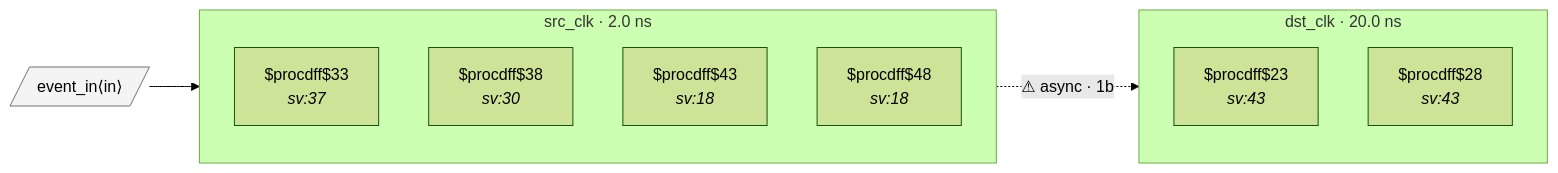
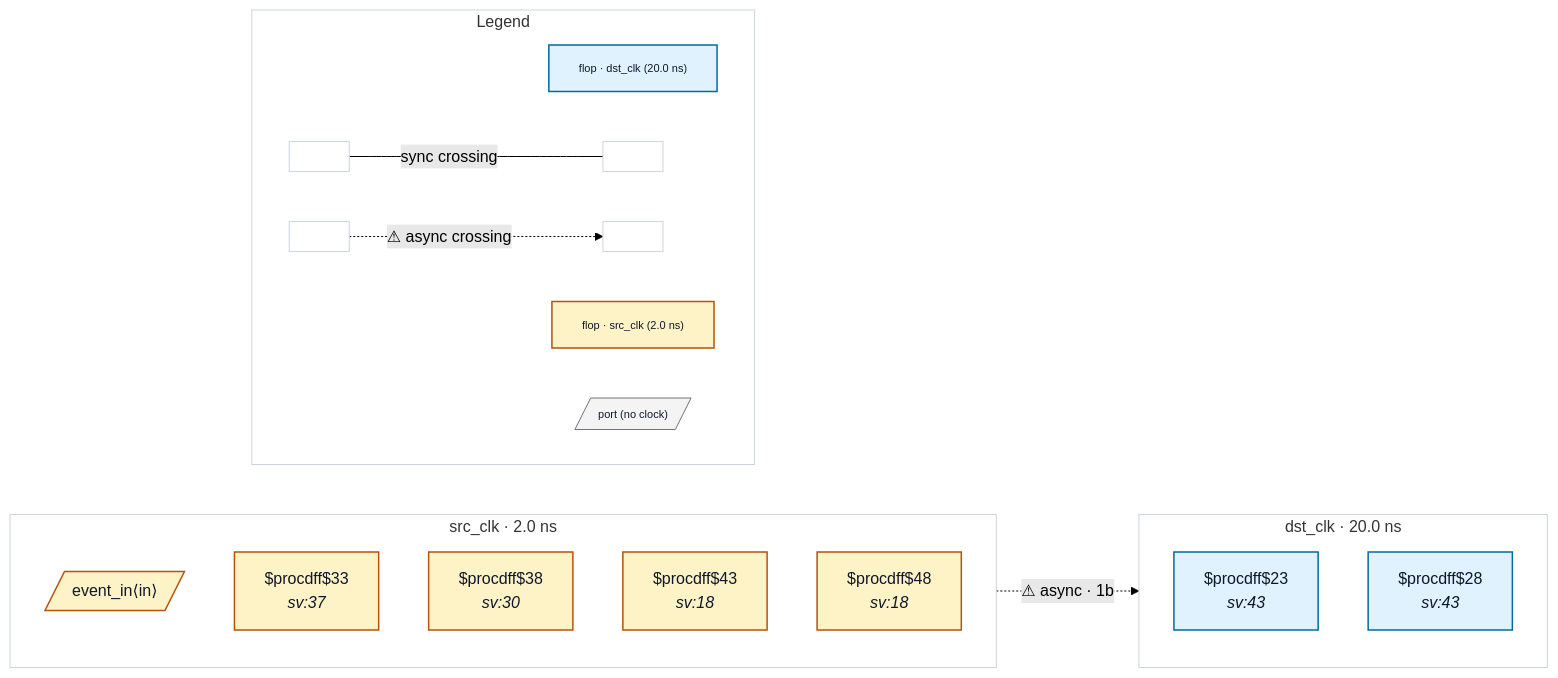
The diagram in tests/fixtures/good_pulse_width_stretched/README.md (rtl-buddy/rtl-buddy-cdc), drawn with Mermaid (forest theme) before and after one commit. The commit also changed 71 other files, not shown here.

First line of the commit message:
Refresh fixture READMEs + render iterations (colors, legend, nested ports, clock-net edges)

````diff
--- a/tests/fixtures/good_pulse_width_stretched/README.md
+++ b/tests/fixtures/good_pulse_width_stretched/README.md
@@ -14,20 +14,44 @@
 ```mermaid
 %% good_pulse_width_stretched — generated by rtl-buddy-cdc render
 flowchart LR
   subgraph clk_dst_clk["dst_clk · 20.0 ns"]
     direction TB
-    f_eadb02f4["$procdff$23<br/><i>sv:43</i>"]
-    f_836e8ed1["$procdff$28<br/><i>sv:43</i>"]
+    f_eadb02f4["$procdff$23<br/><i>sv:43</i>"]:::ckcls_dst_clk
+    f_836e8ed1["$procdff$28<br/><i>sv:43</i>"]:::ckcls_dst_clk
   end
   subgraph clk_src_clk["src_clk · 2.0 ns"]
     direction TB
-    f_a0a32ccb["$procdff$33<br/><i>sv:37</i>"]
-    f_1e80326e["$procdff$38<br/><i>sv:30</i>"]
-    f_33a91a4f["$procdff$43<br/><i>sv:18</i>"]
-    f_249d48de["$procdff$48<br/><i>sv:18</i>"]
+    p_in_event_in[/"event_in⟨in⟩"/]:::ckcls_src_clk
+    f_a0a32ccb["$procdff$33<br/><i>sv:37</i>"]:::ckcls_src_clk
+    f_1e80326e["$procdff$38<br/><i>sv:30</i>"]:::ckcls_src_clk
+    f_33a91a4f["$procdff$43<br/><i>sv:18</i>"]:::ckcls_src_clk
+    f_249d48de["$procdff$48<br/><i>sv:18</i>"]:::ckcls_src_clk
   end
-  p_in_event_in[/"event_in⟨in⟩"/]:::port
-  p_in_event_in --> f_a0a32ccb
   f_a0a32ccb -. "⚠ async · 1b" .-> f_836e8ed1
-  classDef port fill:#f4f4f5,stroke:#71717a
+  subgraph rb_legend["Legend"]
+    direction LR
+    lg_clk_dst_clk["flop · dst_clk (20.0 ns)"]:::ckcls_dst_clk
+    lg_clk_src_clk["flop · src_clk (2.0 ns)"]:::ckcls_src_clk
+    lg_port[/"port (no clock)"/]:::port_unassigned
+    lg_sync_a[" "]:::ckcls_legend_neutral
+    lg_sync_b[" "]:::ckcls_legend_neutral
+    lg_async_a[" "]:::ckcls_legend_neutral
+    lg_async_b[" "]:::ckcls_legend_neutral
+    lg_sync_a --- |"sync crossing"| lg_sync_b
+    lg_async_a -. "⚠ async crossing" .-> lg_async_b
+  end
+  style clk_dst_clk fill:none,stroke:#cbd5e1
+  style clk_src_clk fill:none,stroke:#cbd5e1
+  style rb_legend fill:none,stroke:#cbd5e1
+  style lg_clk_dst_clk font-size:11px
+  style lg_clk_src_clk font-size:11px
+  style lg_port font-size:11px
+  style lg_sync_a font-size:11px
+  style lg_sync_b font-size:11px
+  style lg_async_a font-size:11px
+  style lg_async_b font-size:11px
+  classDef ckcls_dst_clk fill:#e0f2fe,stroke:#0369a1,stroke-width:1.5px,color:#0f172a
+  classDef ckcls_src_clk fill:#fef3c7,stroke:#b45309,stroke-width:1.5px,color:#0f172a
+  classDef port_unassigned fill:#f4f4f5,stroke:#71717a,color:#0f172a
+  classDef ckcls_legend_neutral fill:#ffffff,stroke:#cbd5e1,stroke-width:1px,color:#0f172a
 ```
````
